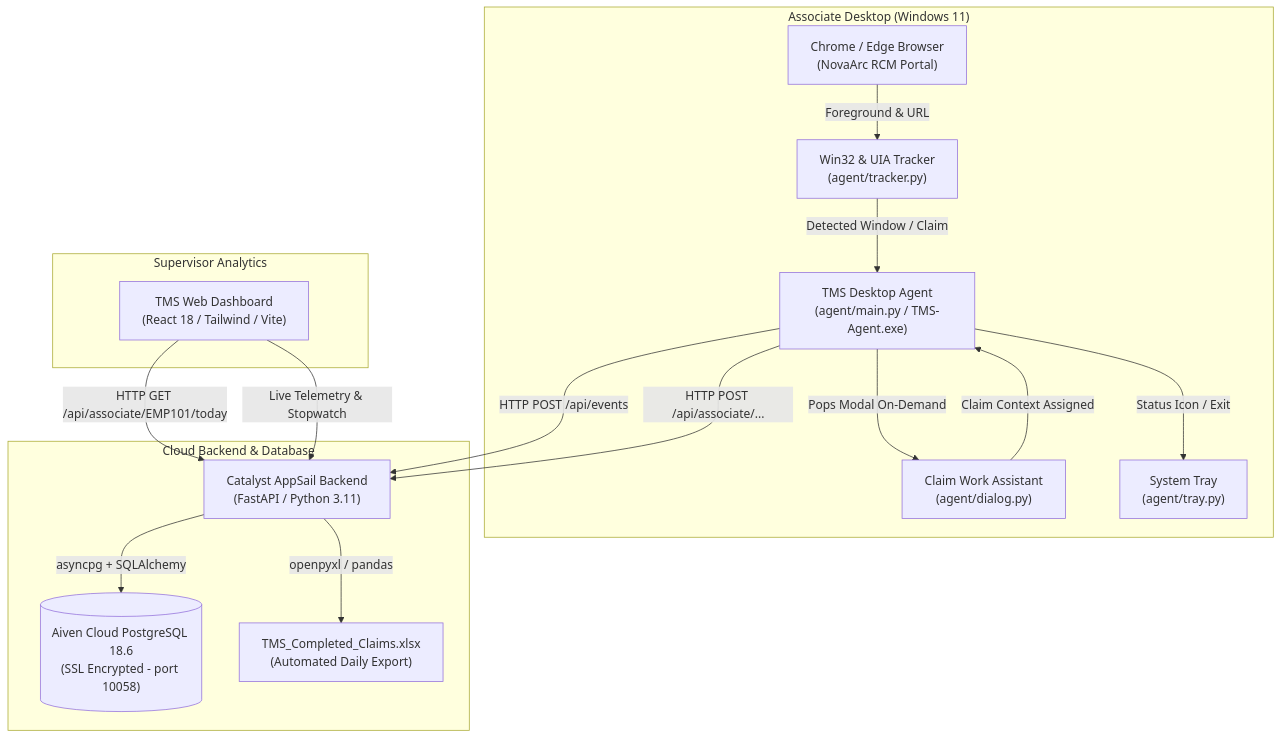
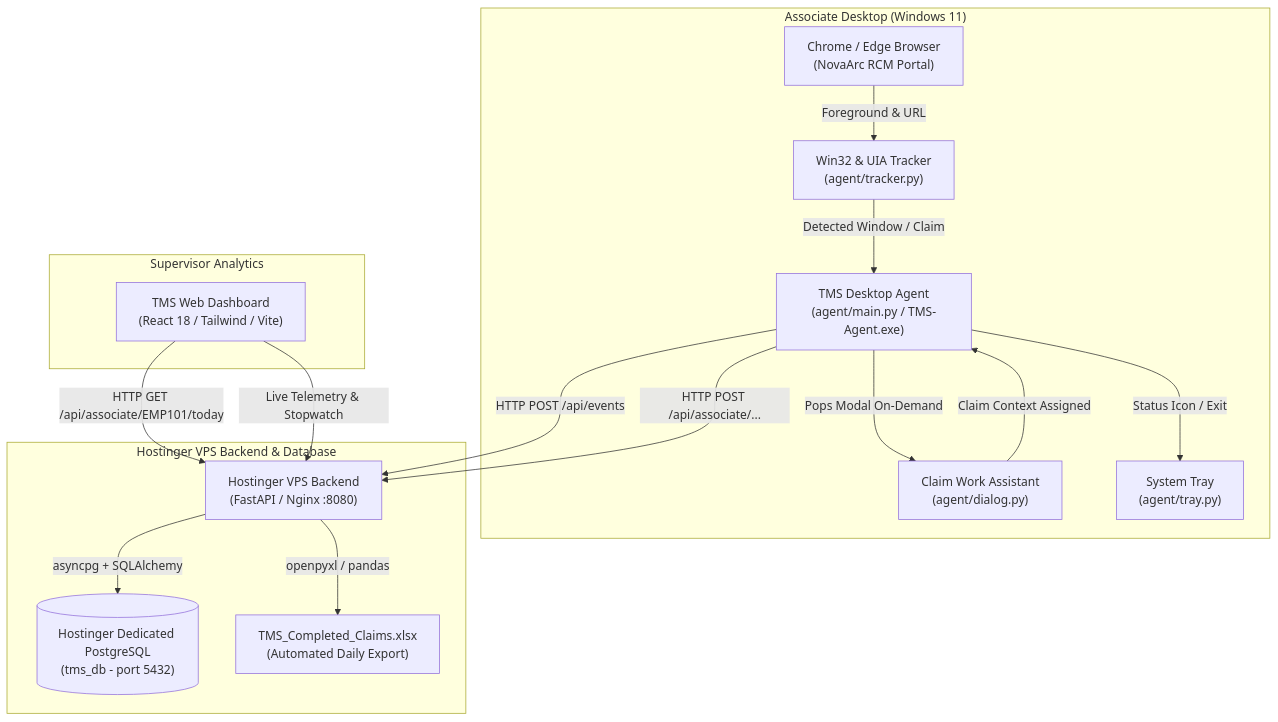
Before and after one commit to Gokul2004-ne/TMS: the diagram in .planning/codebase/ARCHITECTURE.md, drawn with Mermaid. The commit also changed other lines of this file and 25 other files, not shown here.

Commit message:
feat(migration): complete migration to Hostinger VPS and purge all Zoho Catalyst and Aiven references

````diff
--- a/.planning/codebase/ARCHITECTURE.md
+++ b/.planning/codebase/ARCHITECTURE.md
@@ -3,33 +3,33 @@
 ```mermaid
 flowchart TD
     subgraph Associate Desktop ["Associate Desktop (Windows 11)"]
         Browser["Chrome / Edge Browser\n(NovaArc RCM Portal)"]
         Agent["TMS Desktop Agent\n(agent/main.py / TMS-Agent.exe)"]
         Modal["Claim Work Assistant\n(agent/dialog.py)"]
         Tracker["Win32 & UIA Tracker\n(agent/tracker.py)"]
         Tray["System Tray\n(agent/tray.py)"]
         
         Browser -->|Foreground & URL| Tracker
         Tracker -->|Detected Window / Claim| Agent
         Agent -->|Pops Modal On-Demand| Modal
         Modal -->|Claim Context Assigned| Agent
         Agent -->|Status Icon / Exit| Tray
     end
 
-    subgraph Cloud Infrastructure ["Cloud Backend & Database"]
-        AppSail["Catalyst AppSail Backend\n(FastAPI / Python 3.11)"]
-        AivenDB[("Aiven Cloud PostgreSQL 18.6\n(SSL Encrypted - port 10058)")]
+    subgraph Cloud Infrastructure ["Hostinger VPS Backend & Database"]
+        HostingerAPI["Hostinger VPS Backend\n(FastAPI / Nginx :8080)"]
+        PostgresDB[("Hostinger Dedicated PostgreSQL\n(tms_db - port 5432)")]
         Excel["TMS_Completed_Claims.xlsx\n(Automated Daily Export)"]
         
-        Agent -->|HTTP POST /api/events| AppSail
-        Agent -->|HTTP POST /api/associate/...| AppSail
-        AppSail -->|asyncpg + SQLAlchemy| AivenDB
-        AppSail -->|openpyxl / pandas| Excel
+        Agent -->|HTTP POST /api/events| HostingerAPI
+        Agent -->|HTTP POST /api/associate/...| HostingerAPI
+        HostingerAPI -->|asyncpg + SQLAlchemy| PostgresDB
+        HostingerAPI -->|openpyxl / pandas| Excel
     end
 
     subgraph Supervisor & Analytics ["Supervisor Analytics"]
         Dashboard["TMS Web Dashboard\n(React 18 / Tailwind / Vite)"]
-        Dashboard -->|HTTP GET /api/associate/EMP101/today| AppSail
-        Dashboard -->|Live Telemetry & Stopwatch| AppSail
+        Dashboard -->|HTTP GET /api/associate/EMP101/today| HostingerAPI
+        Dashboard -->|Live Telemetry & Stopwatch| HostingerAPI
     end
 ```
````
